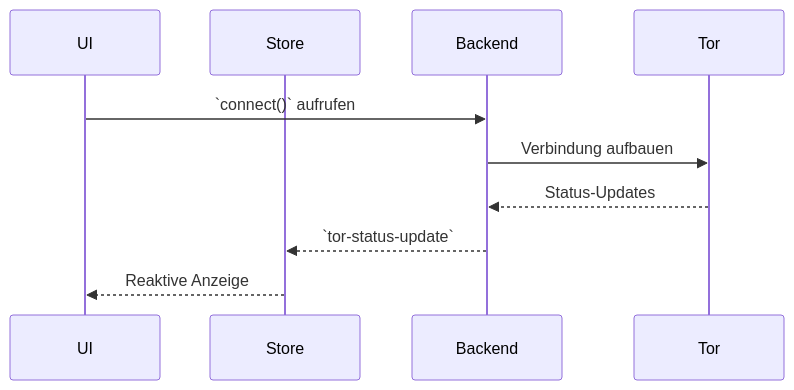
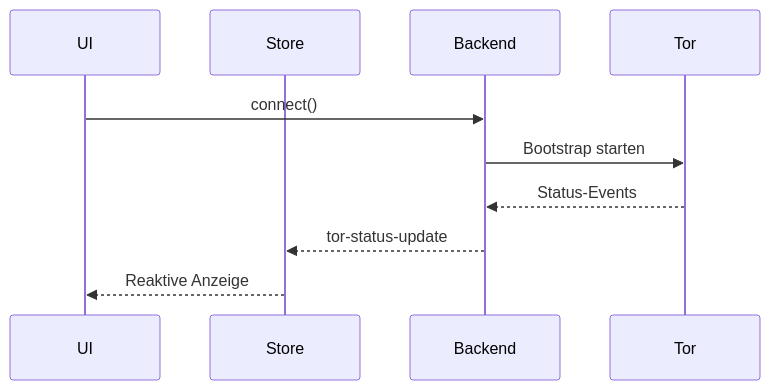
Before and after one commit to Christopher-Schulze/Torwell: the second of 2 diagrams in docs/DOCUMENTATION.md, drawn with Mermaid. The commit also changed other lines of this file and 7 other files, not shown here.

````diff
--- a/docs/DOCUMENTATION.md
+++ b/docs/DOCUMENTATION.md
@@ -161,13 +73,13 @@
 ```mermaid
 sequenceDiagram
     participant UI
     participant Store
     participant Backend
     participant Tor
 
-    UI->>Backend: `connect()` aufrufen
-    Backend->>Tor: Verbindung aufbauen
-    Tor-->>Backend: Status-Updates
-    Backend-->>Store: `tor-status-update`
+    UI->>Backend: connect()
+    Backend->>Tor: Bootstrap starten
+    Tor-->>Backend: Status-Events
+    Backend-->>Store: tor-status-update
     Store-->>UI: Reaktive Anzeige
 ```
````
